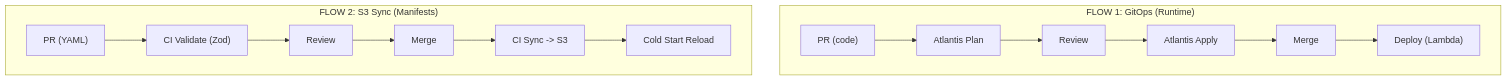
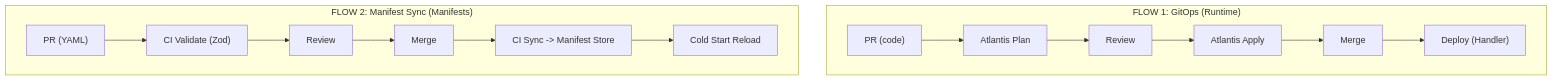
The third of 31 diagrams in docs/book/agentrun-book.md (phbruce/agentrun), drawn with Mermaid before and after one commit. The commit also changed other lines of this file, not shown here.

````diff
--- a/docs/book/agentrun-book.md
+++ b/docs/book/agentrun-book.md
@@ -312,24 +312,24 @@
 ```mermaid
 flowchart TB
     subgraph F1["FLOW 1: GitOps (Runtime)"]
         PR1["PR (code)"]
         Plan["Atlantis Plan"]
         Review1["Review"]
         Apply["Atlantis Apply"]
         Merge1["Merge"]
-        Deploy["Deploy (Lambda)"]
+        Deploy["Deploy (Handler)"]
 
         PR1 --> Plan --> Review1 --> Apply --> Merge1 --> Deploy
     end
 
-    subgraph F2["FLOW 2: S3 Sync (Manifests)"]
+    subgraph F2["FLOW 2: Manifest Sync (Manifests)"]
         PR2["PR (YAML)"]
         Validate["CI Validate (Zod)"]
         Review2["Review"]
         Merge2["Merge"]
-        Sync["CI Sync -> S3"]
+        Sync["CI Sync -> Manifest Store"]
         Cold["Cold Start Reload"]
 
         PR2 --> Validate --> Review2 --> Merge2 --> Sync --> Cold
     end
 ```
````
